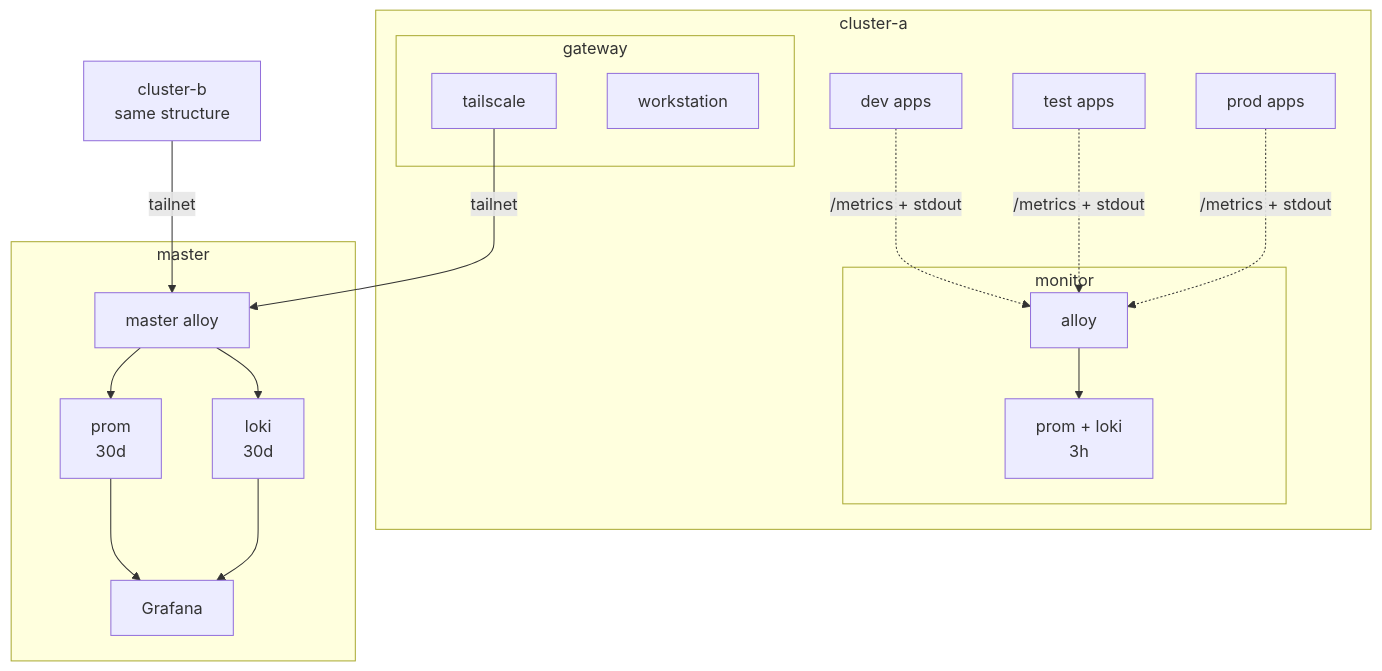
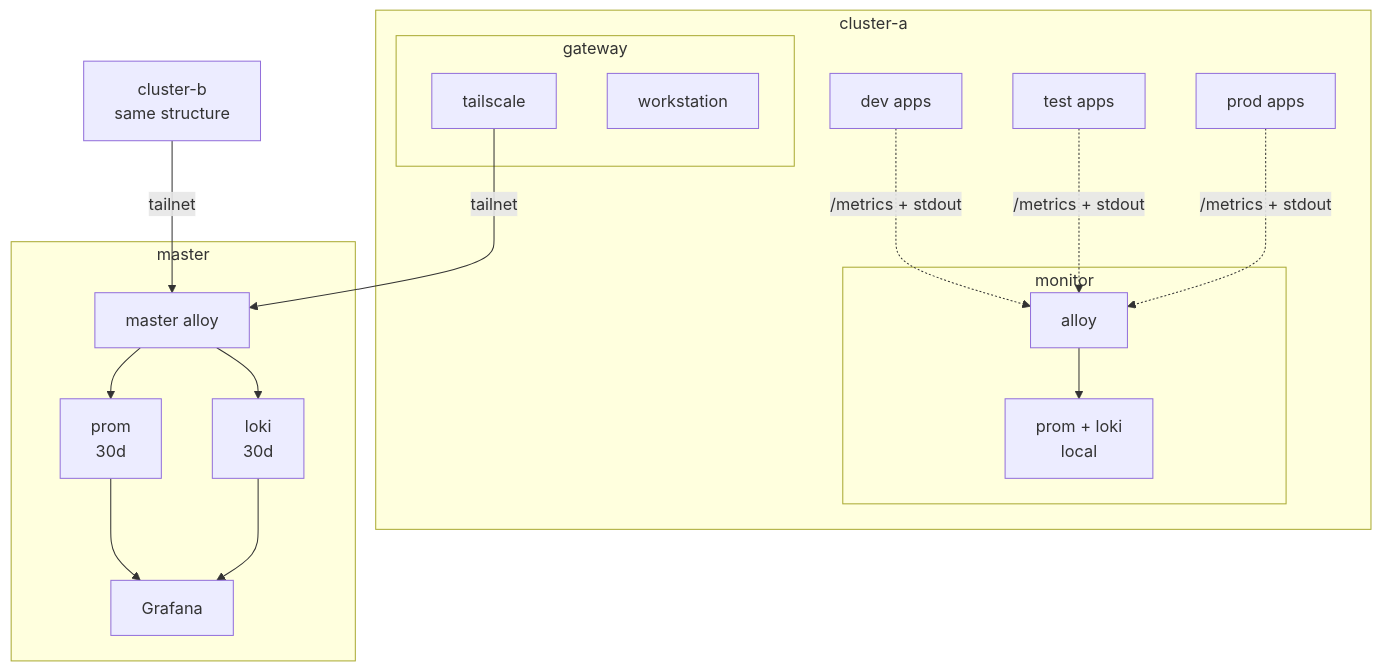
The third of 4 diagrams in docs/infrastructure.md (Kord96/kordinate), drawn with Mermaid before and after one commit. The commit also changed other lines of this file and 1 other file, not shown here.

First line of the commit message:
Remove hardcoded 3h retention from cluster Prom/Loki [scribe]

````diff
--- a/docs/infrastructure.md
+++ b/docs/infrastructure.md
@@ -62,28 +62,28 @@
     ```mermaid
     flowchart TB
         subgraph CA[cluster-a]
             A1[dev apps] & A2[test apps] & A3[prod apps]
 
             subgraph mon-a[monitor]
-                GA[alloy] --> PA[prom + loki<br/>3h]
+                GA[alloy] --> PA[prom + loki<br/>local]
             end
 
             subgraph gw-a[gateway]
                 GWT[tailscale]
                 WS[workstation]
             end
 
             A1 & A2 & A3 -.->|/metrics + stdout| GA
         end
 
         subgraph M[master]
             MA[master alloy] --> MP[prom<br/>30d] & ML[loki<br/>30d]
             MP & ML --> G[Grafana]
         end
 
         GWT -->|tailnet| MA
 
         CB[cluster-b<br/>same structure]
 
         CB -->|tailnet| MA
     ```
````
